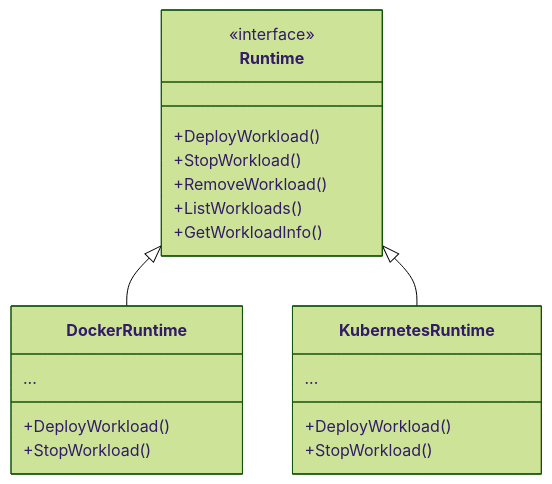
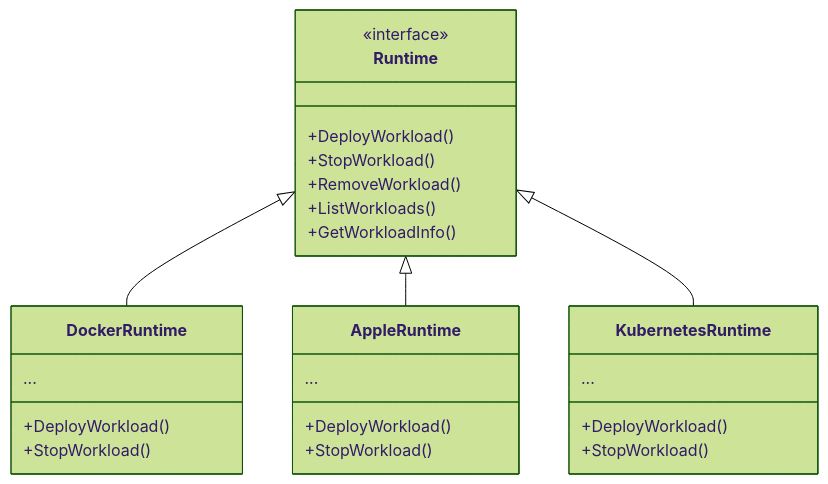
One commit to stacklok/toolhive changed the seventh of 7 diagrams in docs/arch/01-deployment-modes.md. Above: the diagram before and after it, drawn with Mermaid (forest theme). The commit also changed other lines of this file and 17 other files, not shown here.

First line of the commit message:
Add Apple container runtime client and isolation

````diff
--- a/docs/arch/01-deployment-modes.md
+++ b/docs/arch/01-deployment-modes.md
@@ -416,26 +425,33 @@
 ```mermaid
 classDiagram
     class Runtime {
         <<interface>>
         +DeployWorkload()
         +StopWorkload()
         +RemoveWorkload()
         +ListWorkloads()
         +GetWorkloadInfo()
     }
 
     class DockerRuntime {
         +DeployWorkload()
         +StopWorkload()
         ...
     }
 
+    class AppleRuntime {
+        +DeployWorkload()
+        +StopWorkload()
+        ...
+    }
+
     class KubernetesRuntime {
         +DeployWorkload()
         +StopWorkload()
         ...
     }
 
     Runtime <|-- DockerRuntime
+    Runtime <|-- AppleRuntime
     Runtime <|-- KubernetesRuntime
 ```
````
